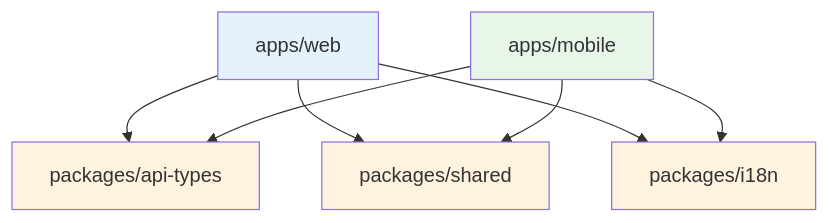
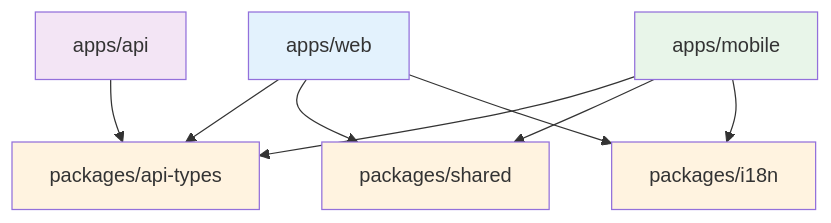
Before and after one commit to Alicoder001/news-app: the diagram in docs/architecture/MONOREPO_STRUCTURE.md, drawn with Mermaid. The commit also changed other lines of this file and 44 other files, not shown here.

````diff
--- a/docs/architecture/MONOREPO_STRUCTURE.md
+++ b/docs/architecture/MONOREPO_STRUCTURE.md
@@ -148,16 +175,18 @@
 ```mermaid
 graph TD
     A[apps/web] --> D[packages/api-types]
     A --> E[packages/shared]
     A --> F[packages/i18n]
+    C[apps/api] --> D
     
     B[apps/mobile] --> D
     B --> E
     B --> F
     
     style A fill:#e3f2fd
     style B fill:#e8f5e9
+    style C fill:#f3e5f5
     style D fill:#fff3e0
     style E fill:#fff3e0
     style F fill:#fff3e0
 ```
````
